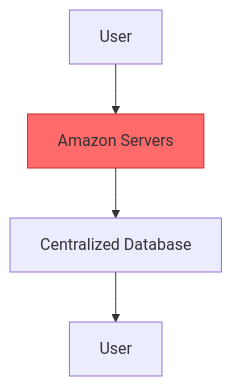
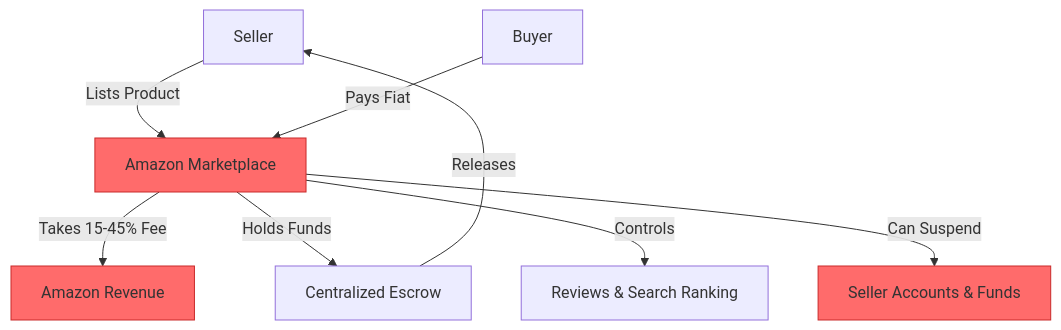
Before and after one commit to Elvatar2/Web2-To-Web3-Migration-Guide: the first of 2 diagrams in 08-marketplaces/03-amazon-to-decentralized-commerce.md, drawn with Mermaid. The commit also changed other lines of this file, not shown here.

````diff
--- a/08-marketplaces/03-amazon-to-decentralized-commerce.md
+++ b/08-marketplaces/03-amazon-to-decentralized-commerce.md
@@ -52,8 +62,14 @@
 ```mermaid
 graph TB
-    A[User] --> B[Amazon Servers]
-    B --> C[Centralized Database]
-    C --> D[User]
+    A[Seller] -->|Lists Product| B[Amazon Marketplace]
+    C[Buyer] -->|Pays Fiat| B
+    B -->|Takes 15-45% Fee| D[Amazon Revenue]
+    B -->|Holds Funds| E[Centralized Escrow]
+    B -->|Controls| F[Reviews & Search Ranking]
+    B -->|Can Suspend| G[Seller Accounts & Funds]
+    E -->|Releases| A
 
     style B fill:#ff6b6b,stroke:#c92a2a
+    style D fill:#ff6b6b,stroke:#c92a2a
+    style G fill:#ff6b6b,stroke:#c92a2a
 ```
````
